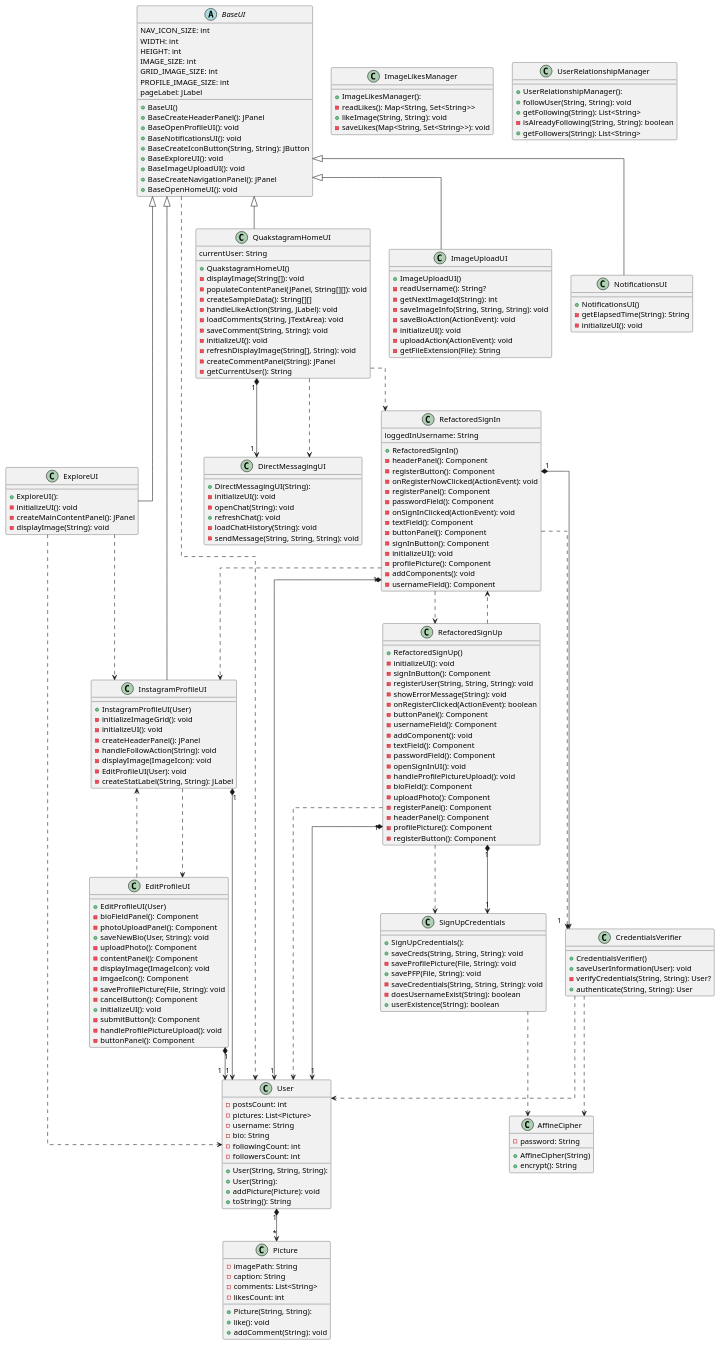
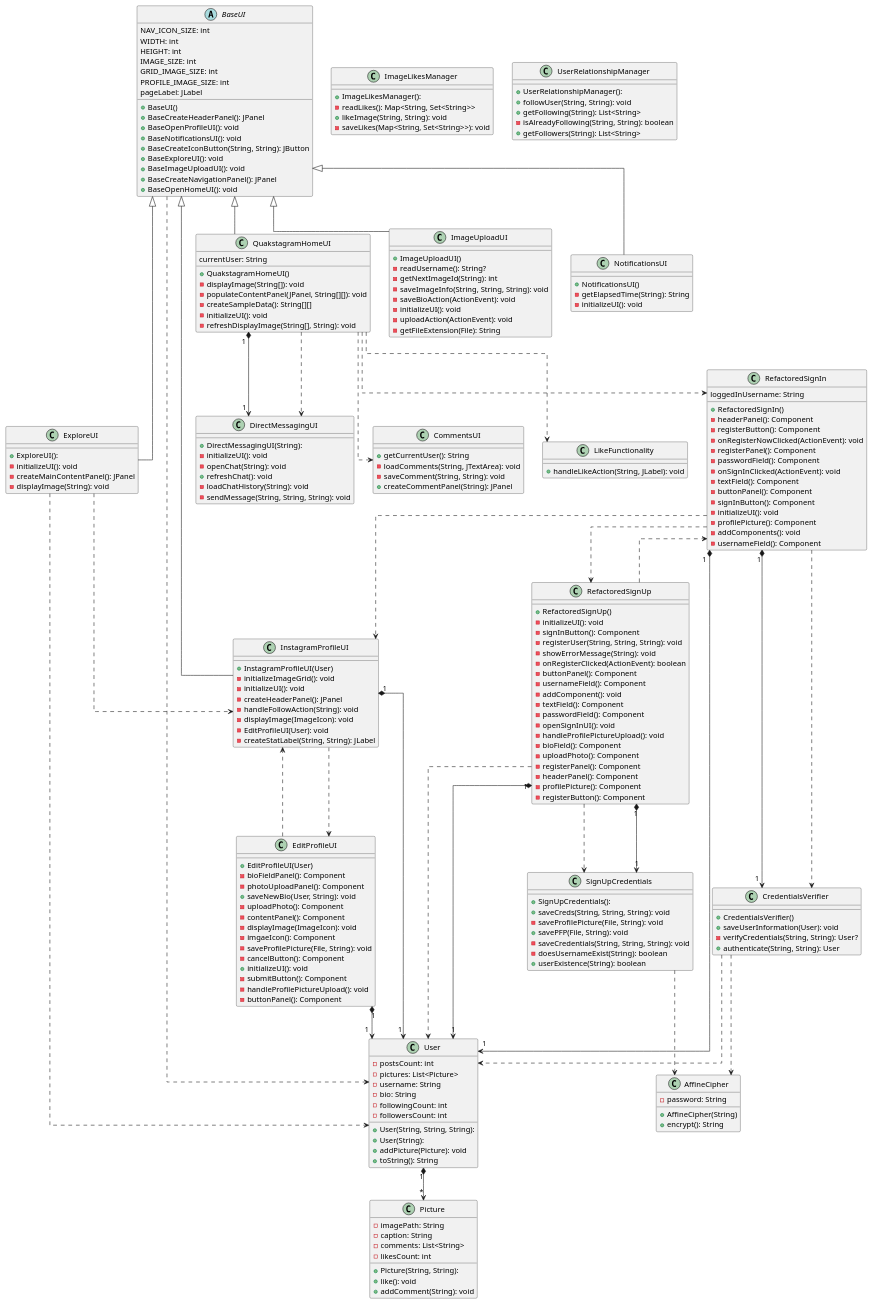
Before and after one commit to vessahnjoya/QuackstagramProject: the diagram in UML/RefactoredCodeBase.plantuml, drawn with PlantUML. The commit also changed 1 other file, not shown here.

Commit message:
new uml and adding public keywords

```diff
--- a/UML/RefactoredCodeBase.plantuml
+++ b/UML/RefactoredCodeBase.plantuml
@@ -106,14 +106,18 @@
     - displayImage(String[]): void
     - populateContentPanel(JPanel, String[][]): void
     - createSampleData(): String[][]
-    - handleLikeAction(String, JLabel): void
+    - initializeUI(): void
+    - refreshDisplayImage(String[], String): void
+    currentUser: String
+}
+class CommentsUI{
+    + getCurrentUser(): String
     - loadComments(String, JTextArea): void
     - saveComment(String, String): void
-    - initializeUI(): void
-    - refreshDisplayImage(String[], String): void
-    - createCommentPanel(String): JPanel
-    -getCurrentUser(): String
-    currentUser: String
+    + createCommentPanel(String): JPanel
+}
+class LikeFunctionality{
+    + handleLikeAction(String, JLabel): void
 }
 class RefactoredSignIn {
     + RefactoredSignIn()
@@ -194,6 +198,8 @@
 QuakstagramHomeUI       "1" *-[plain]-> "1" DirectMessagingUI
 QuakstagramHomeUI        -[dashed]->  DirectMessagingUI
 QuakstagramHomeUI        -[dashed]->  RefactoredSignIn
+QuakstagramHomeUI        -[dashed]->  CommentsUI
+QuakstagramHomeUI        -[dashed]->  LikeFunctionality
 RefactoredSignIn        "1" *-[plain]-> "1" CredentialsVerifier
 RefactoredSignIn         -[dashed]->  CredentialsVerifier
 RefactoredSignIn         -[dashed]->  InstagramProfileUI
```
